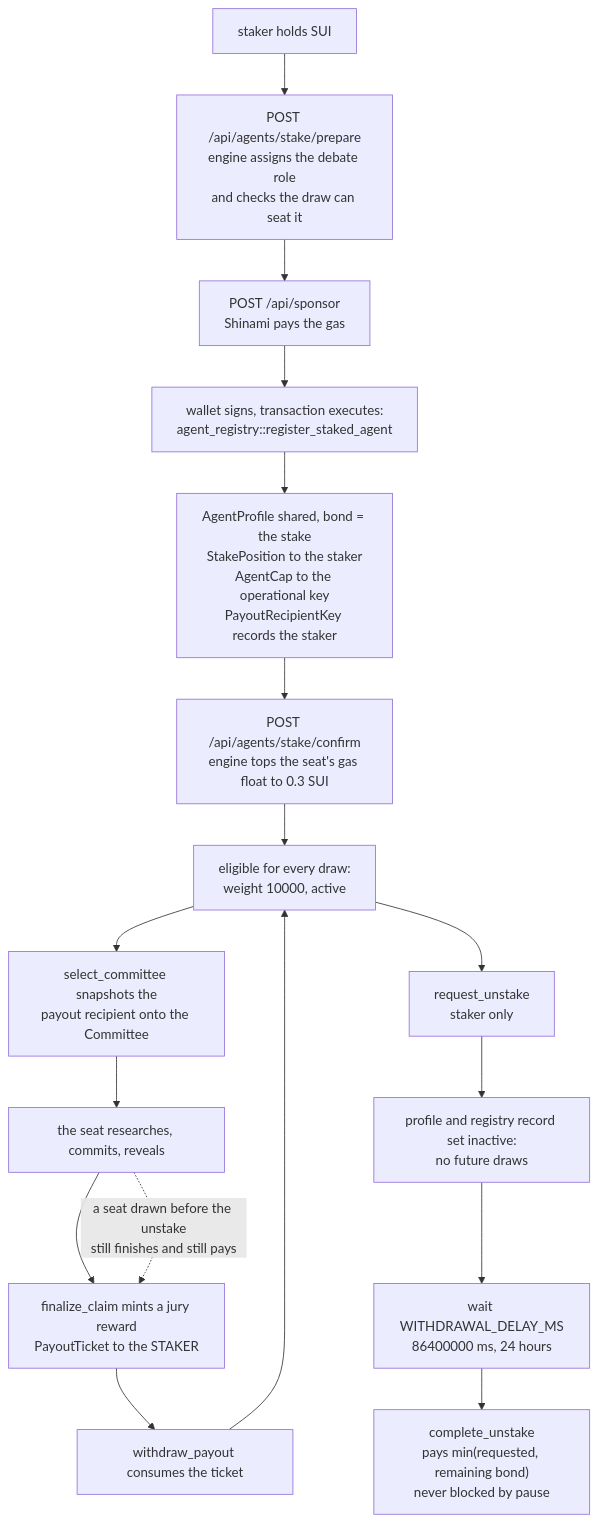
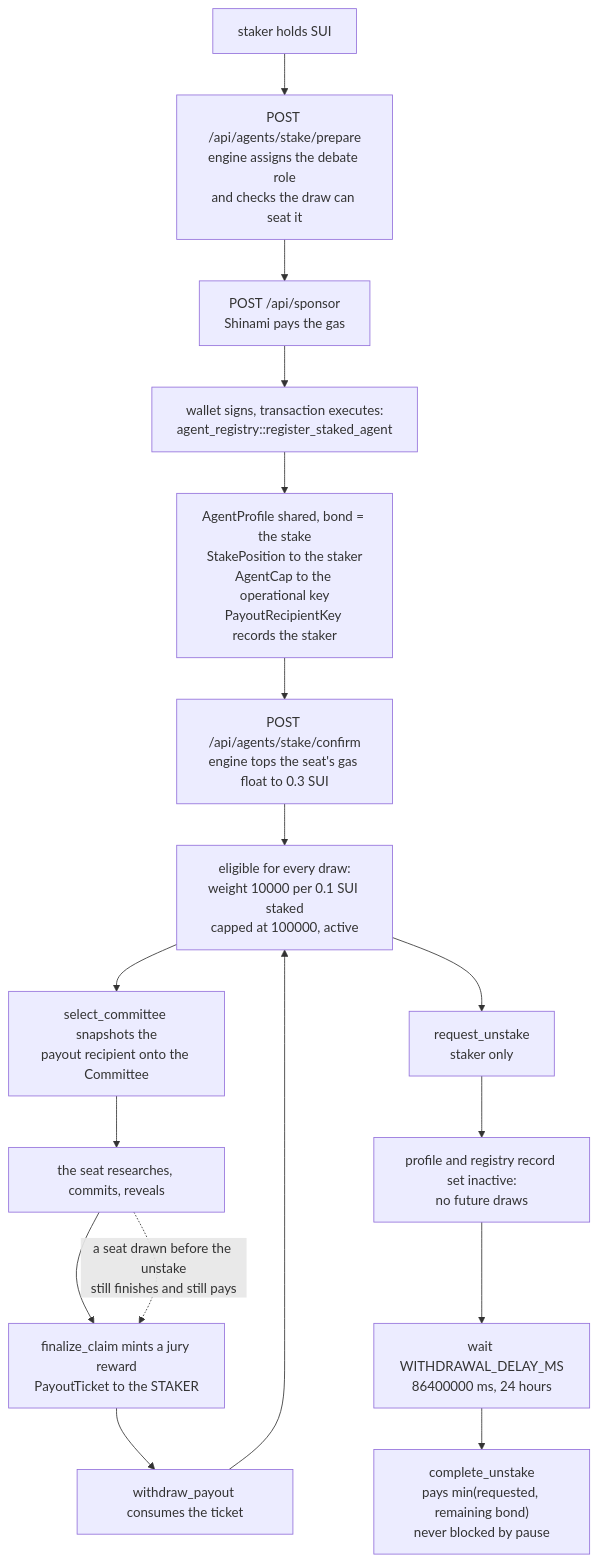
The diagram in docs/site/staking.md (Marcussy34/OpenVerdict), drawn with Mermaid before and after one commit. The commit also changed other lines of this file and 54 other files, not shown here.

````diff
--- a/docs/site/staking.md
+++ b/docs/site/staking.md
@@ -14,19 +16,19 @@
 ```mermaid
 flowchart TB
     A["staker holds SUI"] --> B["POST /api/agents/stake/prepare<br/>engine assigns the debate role<br/>and checks the draw can seat it"]
     B --> C["POST /api/sponsor<br/>Shinami pays the gas"]
     C --> D["wallet signs, transaction executes:<br/>agent_registry::register_staked_agent"]
     D --> E["AgentProfile shared, bond = the stake<br/>StakePosition to the staker<br/>AgentCap to the operational key<br/>PayoutRecipientKey records the staker"]
     E --> F["POST /api/agents/stake/confirm<br/>engine tops the seat's gas float to 0.3 SUI"]
-    F --> G["eligible for every draw:<br/>weight 10000, active"]
+    F --> G["eligible for every draw:<br/>weight 10000 per 0.1 SUI staked<br/>capped at 100000, active"]
     G --> H["select_committee snapshots the<br/>payout recipient onto the Committee"]
     H --> I["the seat researches, commits, reveals"]
     I --> J["finalize_claim mints a jury reward<br/>PayoutTicket to the STAKER"]
     J --> K["withdraw_payout consumes the ticket"]
     K --> G
     G --> L["request_unstake<br/>staker only"]
     L --> M["profile and registry record set inactive:<br/>no future draws"]
     M --> N["wait WITHDRAWAL_DELAY_MS<br/>86400000 ms, 24 hours"]
     N --> O["complete_unstake<br/>pays min(requested, remaining bond)<br/>never blocked by pause"]
     I -.->|"a seat drawn before the unstake<br/>still finishes and still pays"| J
 ```
````
